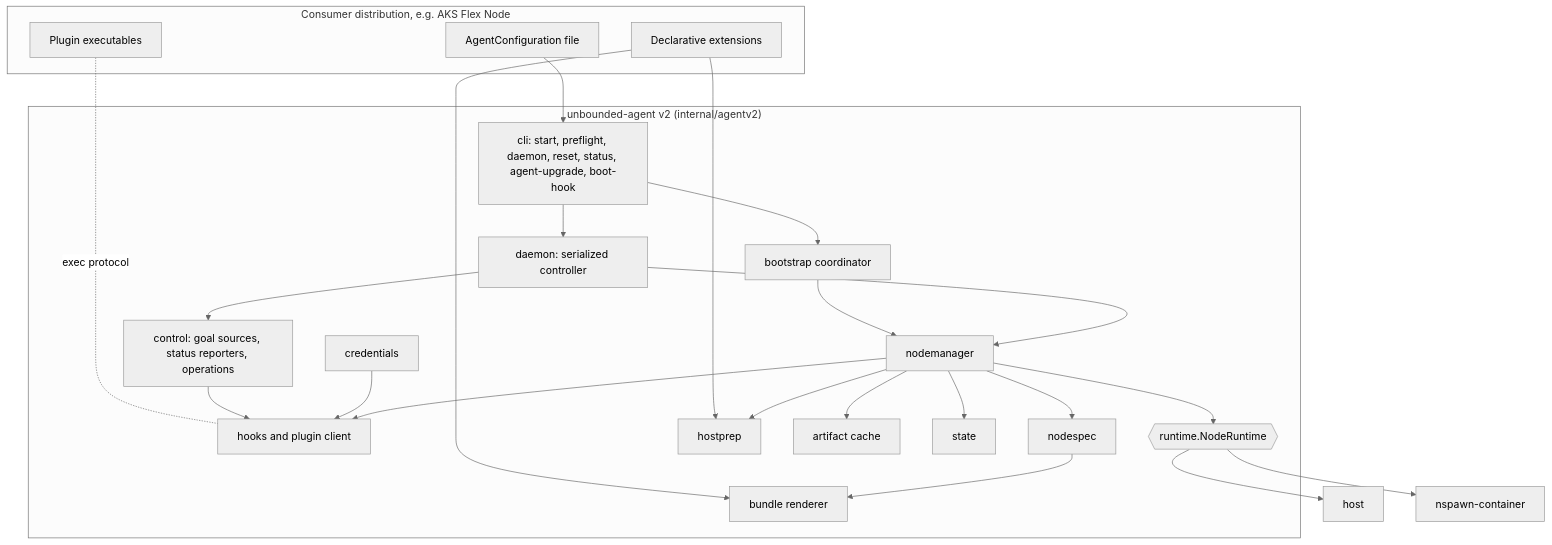
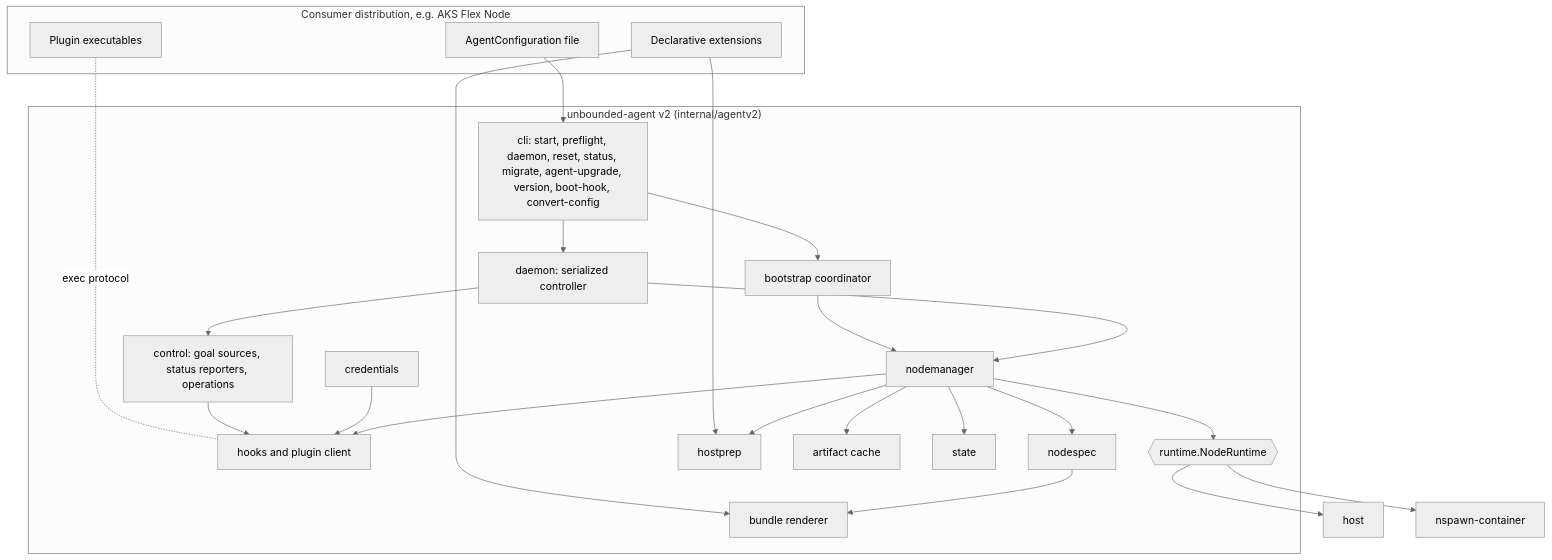
Before and after one commit to Azure/unbounded: the diagram in designs/agent-v2/README.md, drawn with Mermaid (neutral theme). The commit also changed other lines of this file and 10 other files, not shown here.

````diff
--- a/designs/agent-v2/README.md
+++ b/designs/agent-v2/README.md
@@ -179,40 +194,40 @@
 ```mermaid
 flowchart TB
   subgraph Consumer["Consumer distribution, e.g. AKS Flex Node"]
     CFG["AgentConfiguration file"]
     PLG["Plugin executables"]
     EXT["Declarative extensions"]
   end
   subgraph Agent["unbounded-agent v2 (internal/agentv2)"]
-    CLI["cli: start, preflight, daemon, reset, status, agent-upgrade, boot-hook"]
+    CLI["cli: start, preflight, daemon, reset, status, migrate, agent-upgrade, version, boot-hook, convert-config"]
     BOOT["bootstrap coordinator"]
     DAE["daemon: serialized controller"]
     NM["nodemanager"]
     CTRL["control: goal sources, status reporters, operations"]
     CRED["credentials"]
     HK["hooks and plugin client"]
     SPEC["nodespec"]
     BUN["bundle renderer"]
     HP["hostprep"]
     ART["artifact cache"]
     ST["state"]
     RTI{{"runtime.NodeRuntime"}}
   end
   CFG --> CLI
   PLG -. exec protocol .- HK
   EXT --> BUN
   EXT --> HP
   CLI --> BOOT --> NM
   CLI --> DAE --> NM
   DAE --> CTRL
   NM --> SPEC --> BUN
   NM --> ART
   NM --> ST
   NM --> HP
   NM --> RTI
   CTRL --> HK
   CRED --> HK
   NM --> HK
   RTI --> RTH["host"]
   RTI --> RTN["nspawn-container"]
 ```
````
